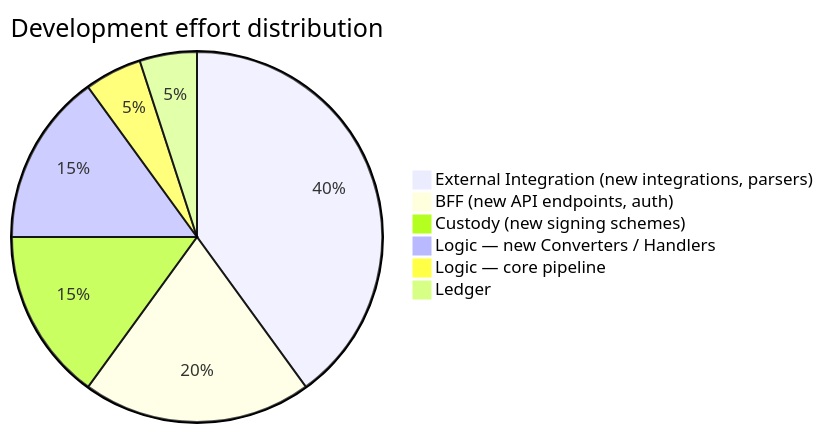
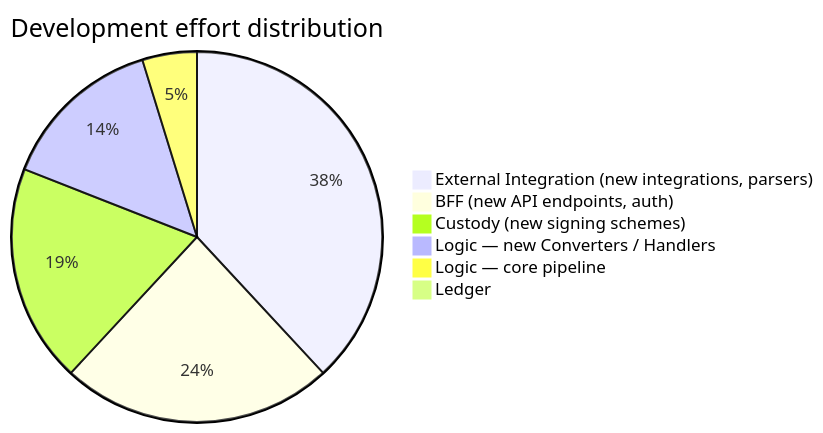
Before and after one commit to AndreyShashlovDev/multi-rail-payments-processor: the fifth of 5 diagrams in README.md, drawn with Mermaid.

Commit message:
docs: fix changes pipe diagram

````diff
--- a/README.md
+++ b/README.md
@@ -503,9 +503,9 @@
 ```mermaid
 pie title Development effort distribution
     "External Integration (new integrations, parsers)" : 40
-    "BFF (new API endpoints, auth)" : 20
-    "Custody (new signing schemes)" : 15
+    "BFF (new API endpoints, auth)" : 25
+    "Custody (new signing schemes)" : 20
     "Logic — new Converters / Handlers" : 15
     "Logic — core pipeline" : 5
-    "Ledger" : 5
+    "Ledger" : 1
 ```
````
